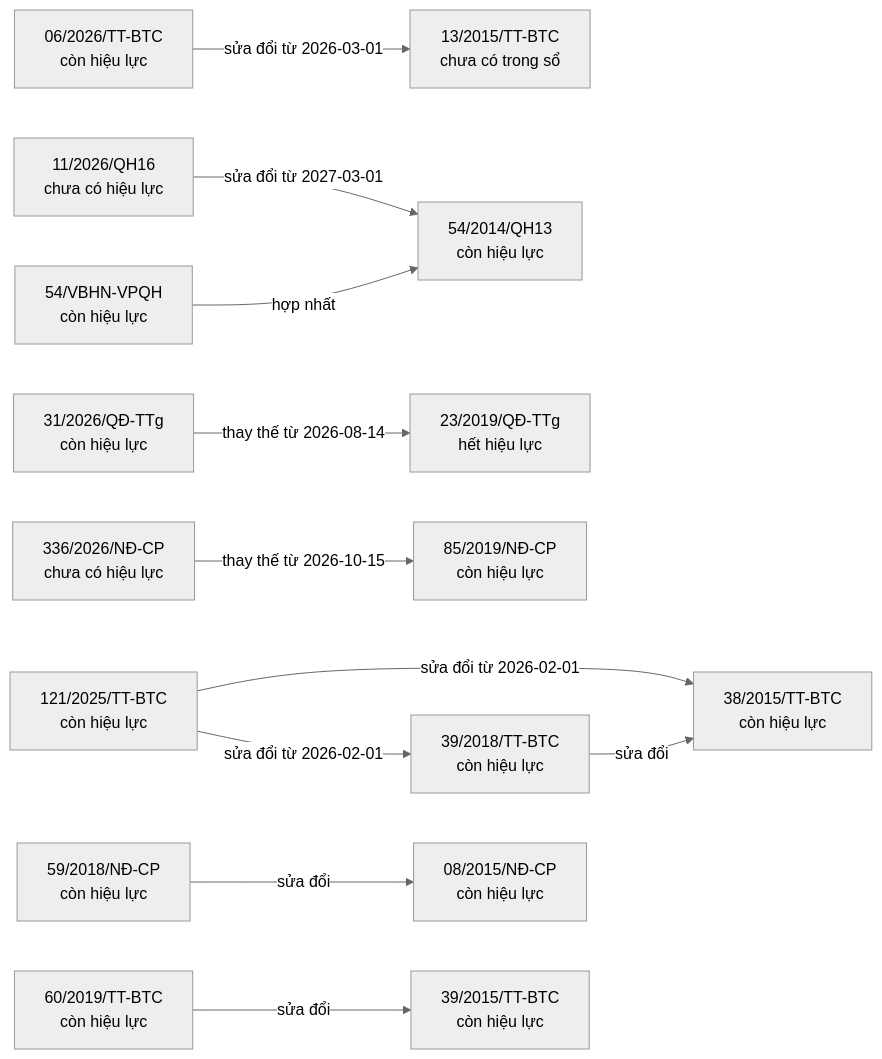
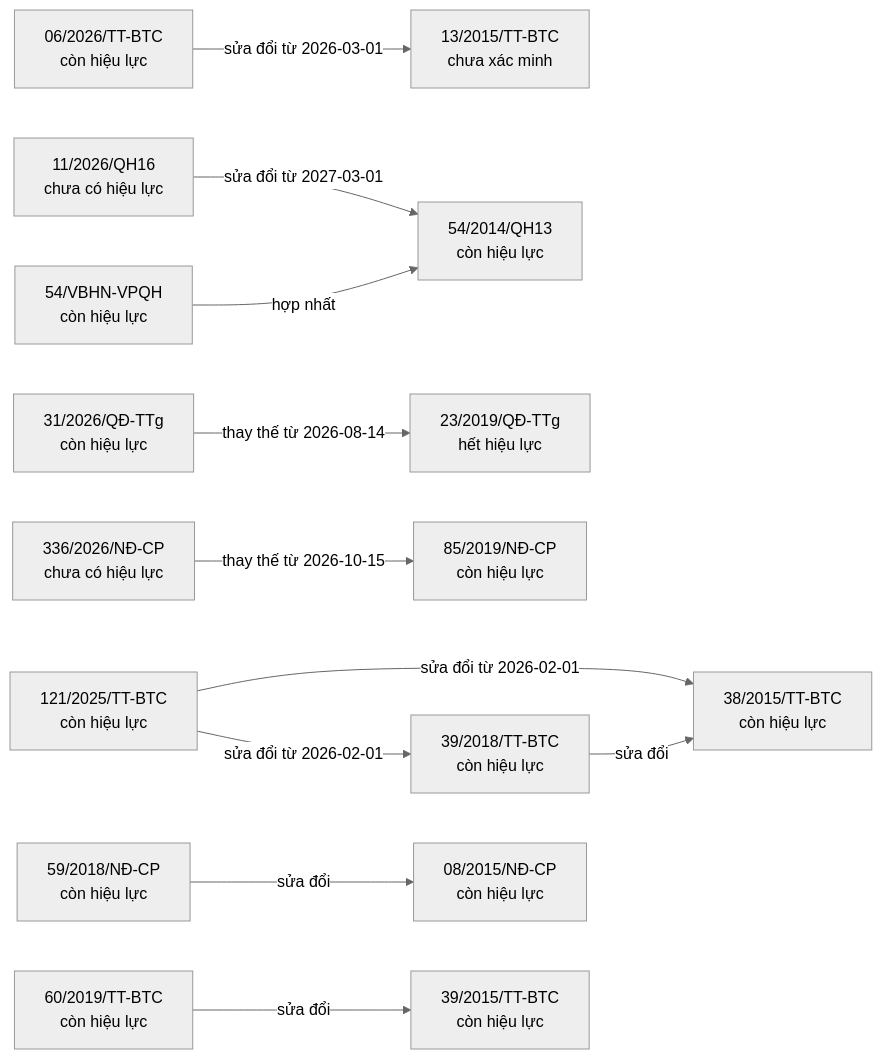
Before and after one commit to ozvietnam/oz-wiki-plhq: the second of 8 diagrams in bao-cao/quan-he.md, drawn with Mermaid (neutral theme). The commit also changed other lines of this file and 5 other files, not shown here.

````diff
--- a/bao-cao/quan-he.md
+++ b/bao-cao/quan-he.md
@@ -37,29 +37,29 @@
 ```mermaid
 flowchart LR
   n_06_2026_TT_BTC["06/2026/TT-BTC<br/>còn hiệu lực"]
-  n_13_2015_TT_BTC["13/2015/TT-BTC<br/>chưa có trong sổ"]
+  n_13_2015_TT_BTC["13/2015/TT-BTC<br/>chưa xác minh"]
   n_11_2026_QH16["11/2026/QH16<br/>chưa có hiệu lực"]
   n_54_2014_QH13["54/2014/QH13<br/>còn hiệu lực"]
   n_121_2025_TT_BTC["121/2025/TT-BTC<br/>còn hiệu lực"]
   n_38_2015_TT_BTC["38/2015/TT-BTC<br/>còn hiệu lực"]
   n_39_2018_TT_BTC["39/2018/TT-BTC<br/>còn hiệu lực"]
   n_31_2026_Q__TTg["31/2026/QĐ-TTg<br/>còn hiệu lực"]
   n_23_2019_Q__TTg["23/2019/QĐ-TTg<br/>hết hiệu lực"]
   n_336_2026_N__CP["336/2026/NĐ-CP<br/>chưa có hiệu lực"]
   n_85_2019_N__CP["85/2019/NĐ-CP<br/>còn hiệu lực"]
   n_54_VBHN_VPQH["54/VBHN-VPQH<br/>còn hiệu lực"]
   n_59_2018_N__CP["59/2018/NĐ-CP<br/>còn hiệu lực"]
   n_08_2015_N__CP["08/2015/NĐ-CP<br/>còn hiệu lực"]
   n_60_2019_TT_BTC["60/2019/TT-BTC<br/>còn hiệu lực"]
   n_39_2015_TT_BTC["39/2015/TT-BTC<br/>còn hiệu lực"]
   n_06_2026_TT_BTC -->|sửa đổi từ 2026-03-01| n_13_2015_TT_BTC
   n_11_2026_QH16 -->|sửa đổi từ 2027-03-01| n_54_2014_QH13
   n_121_2025_TT_BTC -->|sửa đổi từ 2026-02-01| n_38_2015_TT_BTC
   n_121_2025_TT_BTC -->|sửa đổi từ 2026-02-01| n_39_2018_TT_BTC
   n_31_2026_Q__TTg -->|thay thế từ 2026-08-14| n_23_2019_Q__TTg
   n_336_2026_N__CP -->|thay thế từ 2026-10-15| n_85_2019_N__CP
   n_39_2018_TT_BTC -->|sửa đổi| n_38_2015_TT_BTC
   n_54_VBHN_VPQH -->|hợp nhất| n_54_2014_QH13
   n_59_2018_N__CP -->|sửa đổi| n_08_2015_N__CP
   n_60_2019_TT_BTC -->|sửa đổi| n_39_2015_TT_BTC
 ```
````
